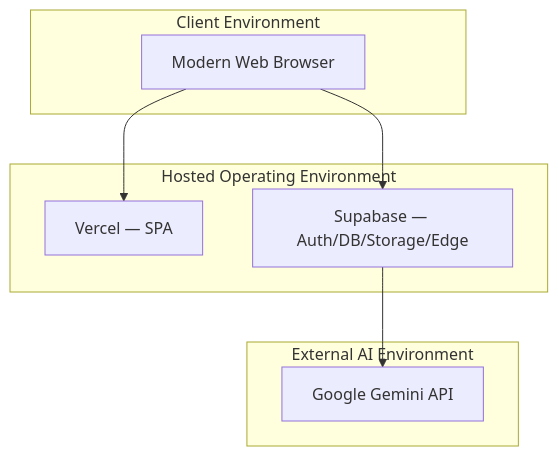
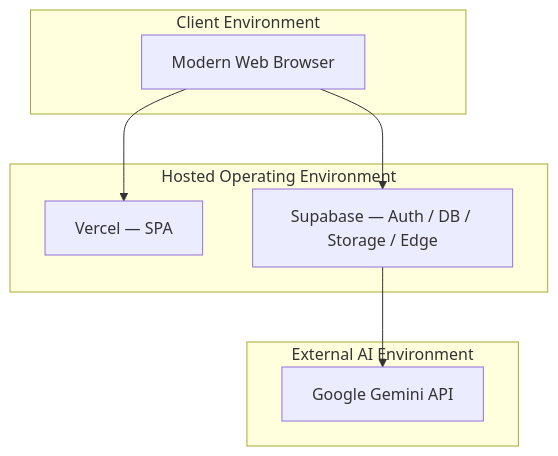
Before and after one commit to VishnuVardhan-CH-2022/resume-rank-ai-dev: the fourth of 11 diagrams in docs/01-requirements/03-Software-Requirements-Specification.md, drawn with Mermaid. The commit also changed other lines of this file and 3 other files, not shown here.

````diff
--- a/docs/01-requirements/03-Software-Requirements-Specification.md
+++ b/docs/01-requirements/03-Software-Requirements-Specification.md
@@ -369,16 +422,16 @@
 ```mermaid
 flowchart TB
   subgraph Client["Client Environment"]
     Browser[Modern Web Browser]
   end
   subgraph Hosted["Hosted Operating Environment"]
     Vercel[Vercel — SPA]
-    SB[Supabase — Auth/DB/Storage/Edge]
+    SB[Supabase — Auth / DB / Storage / Edge]
   end
   subgraph External["External AI Environment"]
     Gemini[Google Gemini API]
   end
   Browser --> Vercel
   Browser --> SB
   SB --> Gemini
 ```
````
